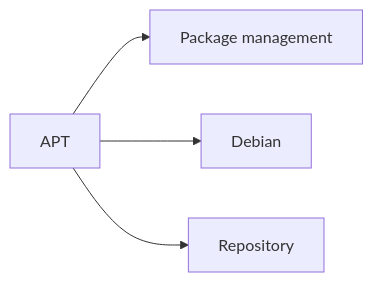
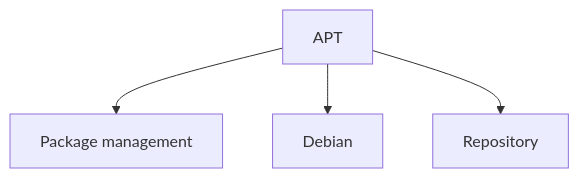
One commit to zyrass/omnydocs changed the third of 44 diagrams in docs/glossaire/administration-systeme.md. Above: the diagram before and after it, drawn with Mermaid. The commit also changed other lines of this file and 1780 other files, not shown here.

````diff
--- a/docs/glossaire/administration-systeme.md
+++ b/docs/glossaire/administration-systeme.md
@@ -64,6 +78,6 @@
-    ```mermaid
-    graph LR
-        A[APT] --> B[Package management]
-        A --> C[Debian]
-        A --> D[Repository]
-    ```
+```mermaid
+graph TB
+    A[APT] --> B[Package management]
+    A --> C[Debian]
+    A --> D[Repository]
+```
````
